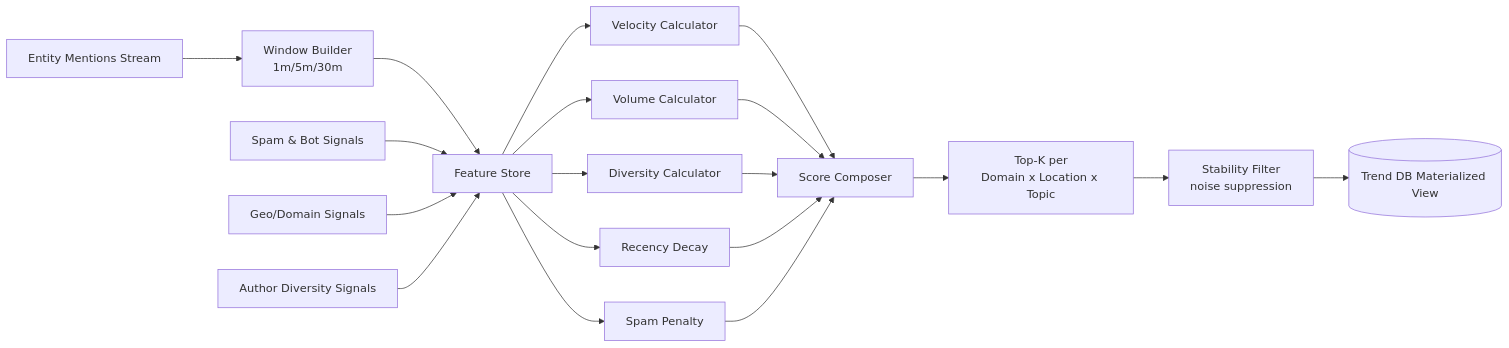
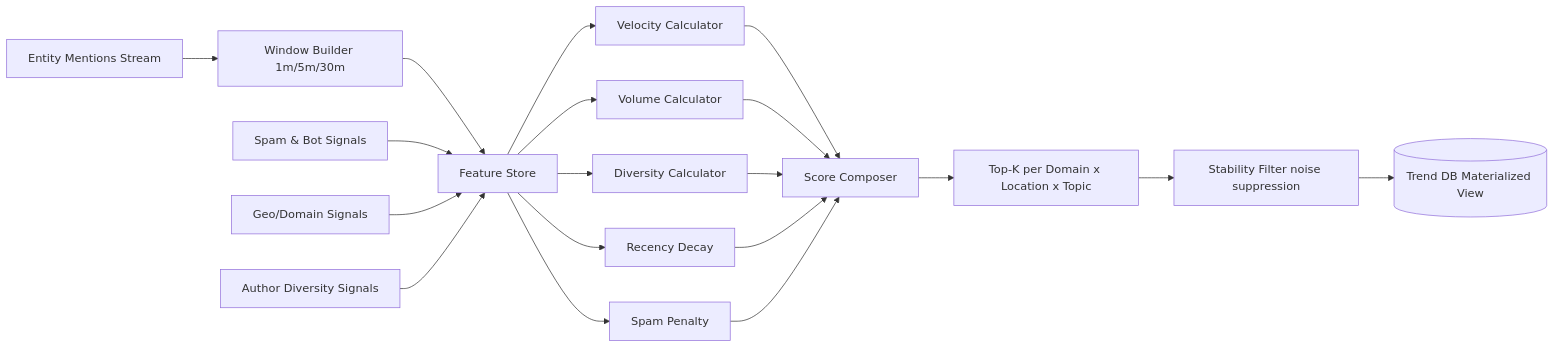
Before and after one commit to leonlnj/engineering-gym: the third of 4 diagrams in exercise/16-design-twitter-trend.md, drawn with Mermaid. The commit also changed other lines of this file, not shown here.

````diff
--- a/exercise/16-design-twitter-trend.md
+++ b/exercise/16-design-twitter-trend.md
@@ -138,25 +138,25 @@
 ```mermaid
 flowchart LR
-	E[Entity Mentions Stream] --> W1[Window Builder\n1m/5m/30m]
+	E[Entity Mentions Stream] --> W1[Window Builder 1m/5m/30m]
 	W1 --> F1[Feature Store]
 
 	S1[Spam & Bot Signals] --> F1
 	G1[Geo/Domain Signals] --> F1
 	A1[Author Diversity Signals] --> F1
 
 	F1 --> V[Velocity Calculator]
 	F1 --> C[Volume Calculator]
 	F1 --> D[Diversity Calculator]
 	F1 --> R[Recency Decay]
 	F1 --> P[Spam Penalty]
 
 	V --> SCORE[Score Composer]
 	C --> SCORE
 	D --> SCORE
 	R --> SCORE
 	P --> SCORE
 
-	SCORE --> K[Top-K per\nDomain x Location x Topic]
-	K --> STABLE[Stability Filter\nnoise suppression]
+	SCORE --> K[Top-K per Domain x Location x Topic]
+	K --> STABLE[Stability Filter noise suppression]
 	STABLE --> OUT[(Trend DB Materialized View)]
 ```
````
